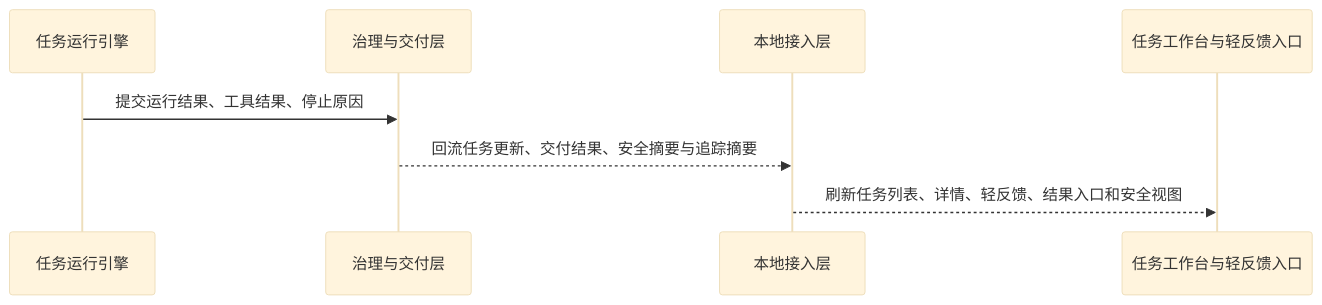
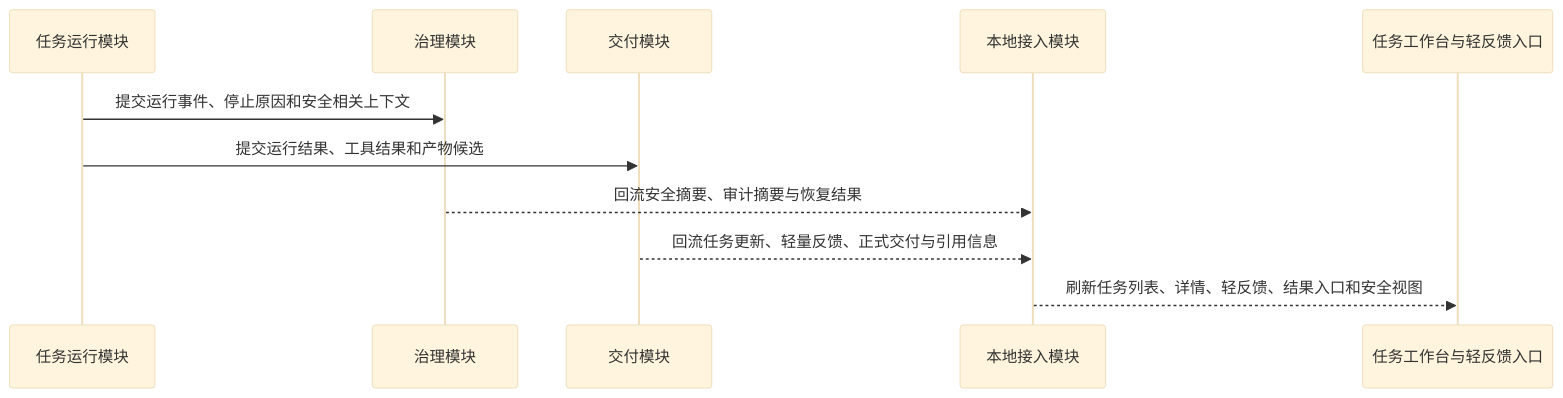
One commit to 1024XEngineer/CialloClaw changed the seventh of 7 diagrams in docs/architecture-overview.md. Above: the diagram before and after it, drawn with Mermaid (base theme). The commit also changed other lines of this file, not shown here.

Commit message:
docs: update architecture overview module framing

````diff
--- a/docs/architecture-overview.md
+++ b/docs/architecture-overview.md
@@ -618,11 +730,14 @@
 ```mermaid
 sequenceDiagram
-    participant RUN as 任务运行引擎
-    participant GOV as 治理与交付层
-    participant RPC as 本地接入层
+    participant RUN as 任务运行模块
+    participant GOV as 治理模块
+    participant DEL as 交付模块
+    participant RPC as 本地接入模块
     participant UI as 任务工作台与轻反馈入口
 
-    RUN->>GOV: 提交运行结果、工具结果、停止原因
-    GOV-->>RPC: 回流任务更新、交付结果、安全摘要与追踪摘要
+    RUN->>GOV: 提交运行事件、停止原因和安全相关上下文
+    RUN->>DEL: 提交运行结果、工具结果和产物候选
+    GOV-->>RPC: 回流安全摘要、审计摘要与恢复结果
+    DEL-->>RPC: 回流任务更新、轻量反馈、正式交付与引用信息
     RPC-->>UI: 刷新任务列表、详情、轻反馈、结果入口和安全视图
 ```
````
